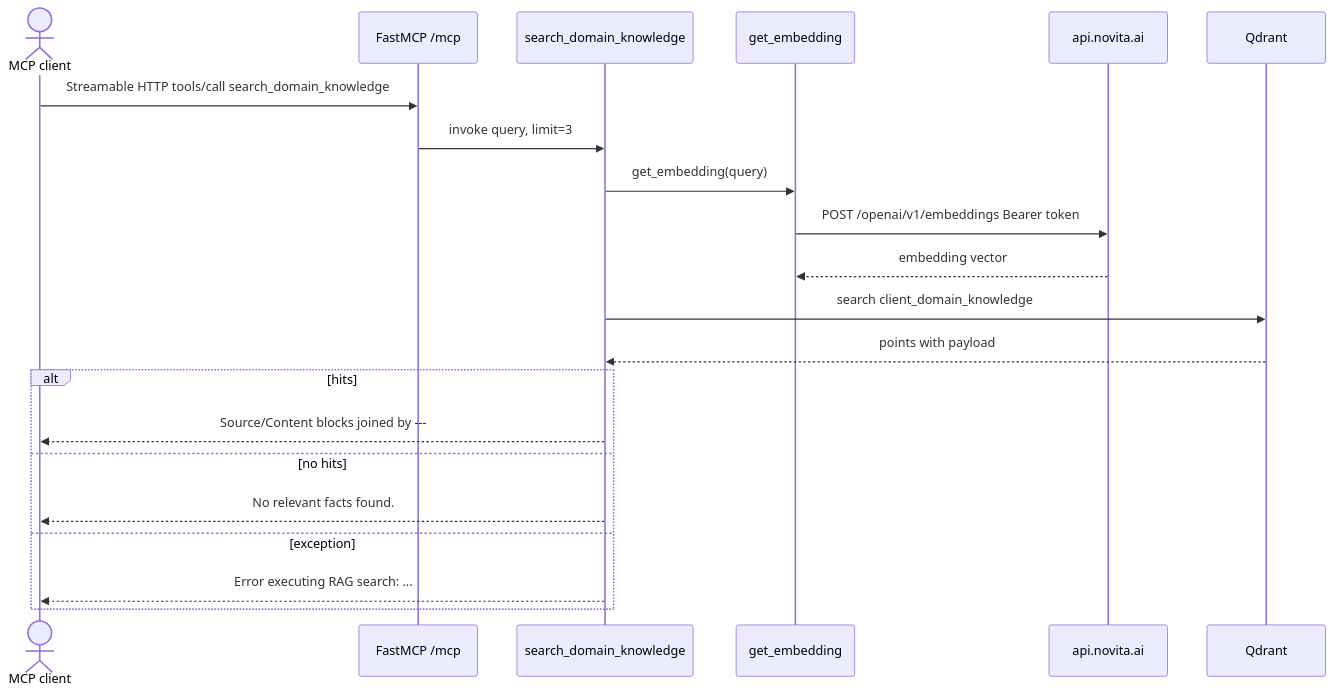
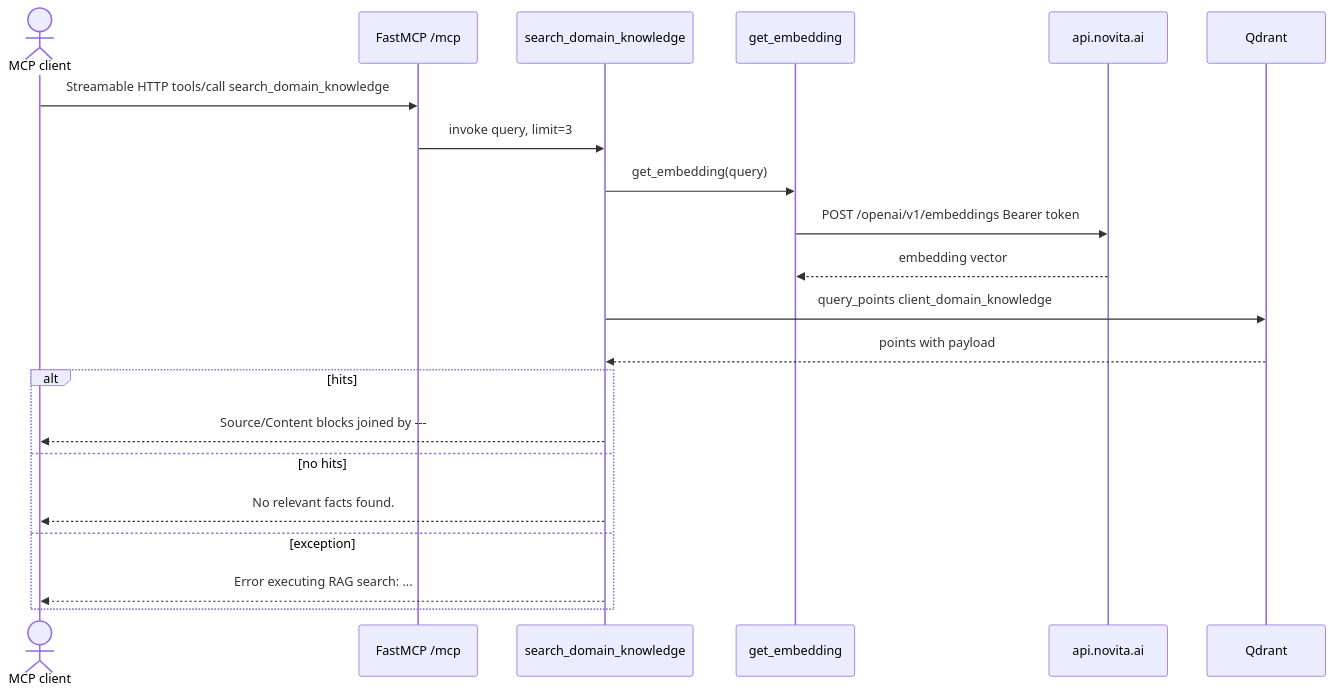
One commit to mkrejp/fastmcp-rag-timer changed the fourth of 4 diagrams in docs/ARCHITECTURE.md. Above: the diagram before and after it, drawn with Mermaid. The commit also changed other lines of this file and 6 other files, not shown here.

First line of the commit message:
Fix search_domain_knowledge for qdrant-client 1.16+ query API (#15)

````diff
--- a/docs/ARCHITECTURE.md
+++ b/docs/ARCHITECTURE.md
@@ -241,24 +246,24 @@
 ```mermaid
 sequenceDiagram
   actor Agent as MCP client
   participant MCP as FastMCP /mcp
   participant Tool as search_domain_knowledge
   participant Embed as get_embedding
   participant Novita as api.novita.ai
   participant Qdrant
 
   Agent->>MCP: Streamable HTTP tools/call search_domain_knowledge
   MCP->>Tool: invoke query, limit=3
   Tool->>Embed: get_embedding(query)
   Embed->>Novita: POST /openai/v1/embeddings Bearer token
   Novita-->>Embed: embedding vector
-  Tool->>Qdrant: search client_domain_knowledge
+  Tool->>Qdrant: query_points client_domain_knowledge
   Qdrant-->>Tool: points with payload
   alt hits
     Tool-->>Agent: Source/Content blocks joined by ---
   else no hits
     Tool-->>Agent: No relevant facts found.
   else exception
     Tool-->>Agent: Error executing RAG search: ...
   end
 ```
````
